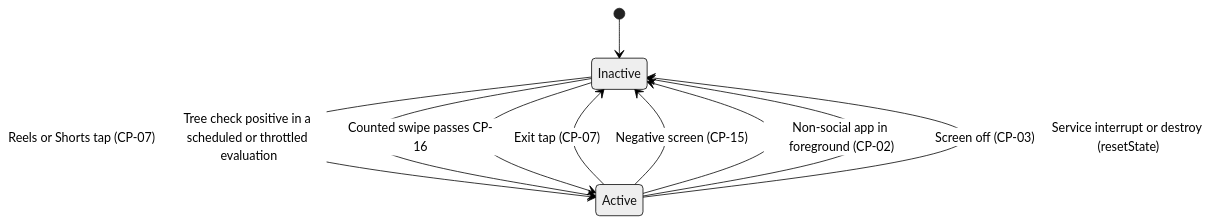
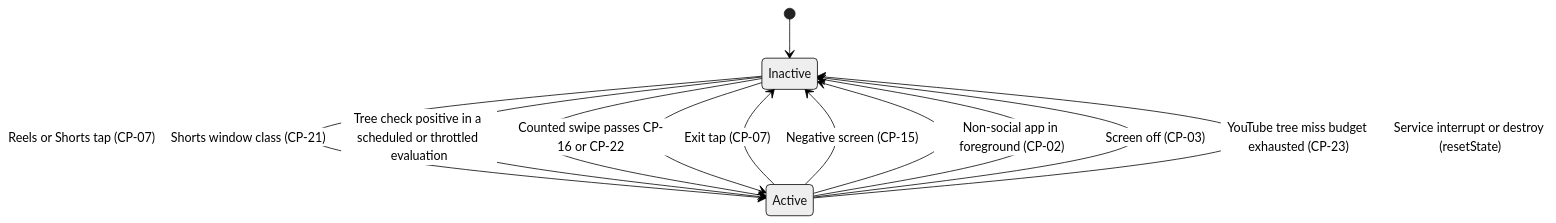
Before and after one commit to jarifansathaorko/BrainRot: the fourth of 4 diagrams in README.md, drawn with Mermaid (neutral theme). The commit also changed other lines of this file and 5 other files, not shown here.

````diff
--- a/README.md
+++ b/README.md
@@ -433,12 +473,14 @@
 ```mermaid
 stateDiagram-v2
     [*] --> Inactive
     Inactive --> Active: Reels or Shorts tap (CP-07)
+    Inactive --> Active: Shorts window class (CP-21)
     Inactive --> Active: Tree check positive in a scheduled or throttled evaluation
-    Inactive --> Active: Counted swipe passes CP-16
+    Inactive --> Active: Counted swipe passes CP-16 or CP-22
     Active --> Inactive: Exit tap (CP-07)
     Active --> Inactive: Negative screen (CP-15)
     Active --> Inactive: Non-social app in foreground (CP-02)
     Active --> Inactive: Screen off (CP-03)
+    Active --> Inactive: YouTube tree miss budget exhausted (CP-23)
     Active --> Inactive: Service interrupt or destroy (resetState)
 ```
````
